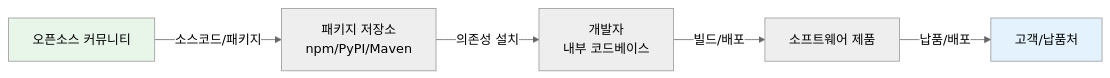
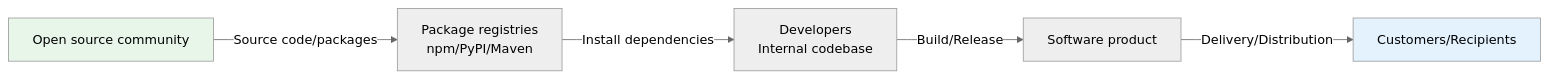
Before and after one commit to trustedoss/trustedoss.github.io: the diagram in website/i18n/en/docusaurus-plugin-content-docs/current/00-overview/supply-chain.md, drawn with Mermaid (neutral theme). The commit also changed other lines of this file and 55 other files, not shown here.

````diff
--- a/website/i18n/en/docusaurus-plugin-content-docs/current/00-overview/supply-chain.md
+++ b/website/i18n/en/docusaurus-plugin-content-docs/current/00-overview/supply-chain.md
@@ -36,10 +36,10 @@
 ```mermaid
 flowchart LR
-    A[오픈소스 커뮤니티] -->|소스코드/패키지| B[패키지 저장소\nnpm/PyPI/Maven]
-    B -->|의존성 설치| C[개발자\n내부 코드베이스]
-    C -->|빌드/배포| D[소프트웨어 제품]
-    D -->|납품/배포| E[고객/납품처]
+    A[Open source community] -->|Source code/packages| B[Package registries\nnpm/PyPI/Maven]
+    B -->|Install dependencies| C[Developers\nInternal codebase]
+    C -->|Build/Release| D[Software product]
+    D -->|Delivery/Distribution| E[Customers/Recipients]
 
     style A fill:#e8f5e9
     style E fill:#e3f2fd
 ```
````
